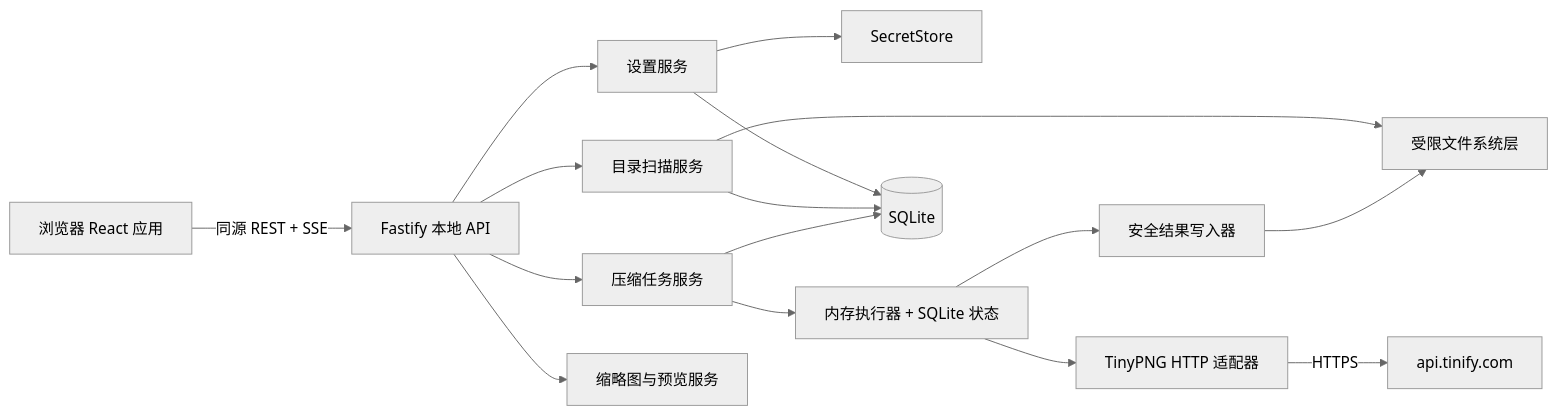
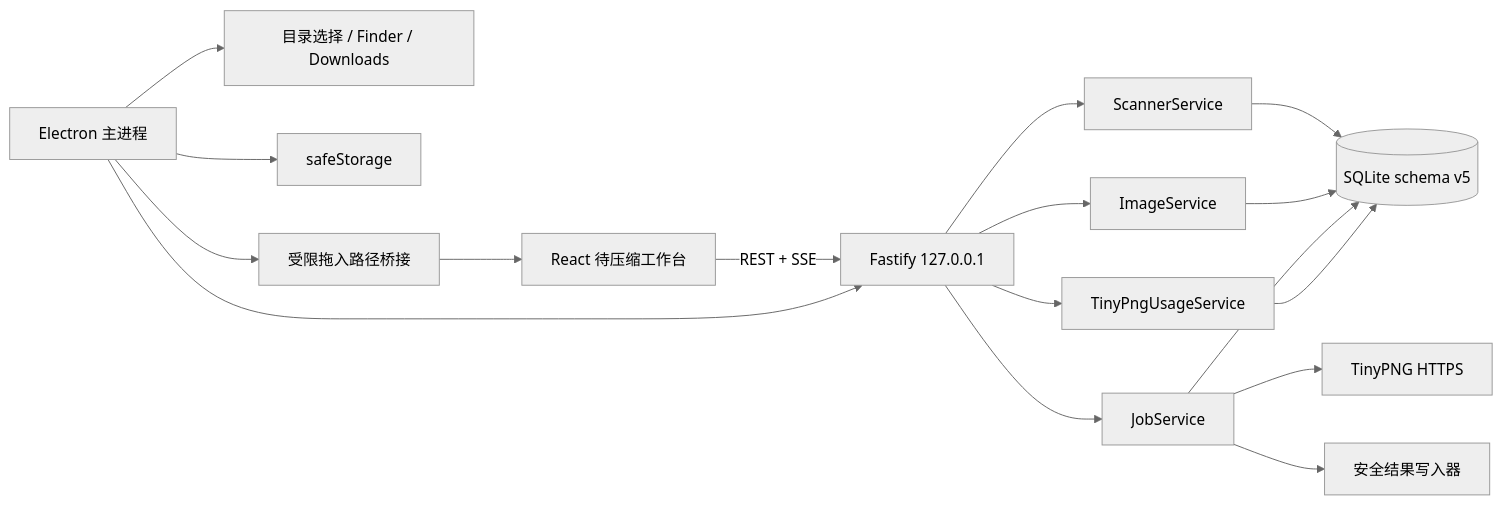
One commit to daiweidw/image-compression-automation changed the first of 2 diagrams in docs/technical-architecture.md. Above: the diagram before and after it, drawn with Mermaid (neutral theme). The commit also changed other lines of this file and 59 other files, not shown here.

````diff
--- a/docs/technical-architecture.md
+++ b/docs/technical-architecture.md
@@ -88,18 +21,19 @@
 ```mermaid
 flowchart LR
-    Browser["浏览器 React 应用"] -->|"同源 REST + SSE"| API["Fastify 本地 API"]
-    API --> Settings["设置服务"]
-    API --> Scanner["目录扫描服务"]
-    API --> Jobs["压缩任务服务"]
-    API --> Media["缩略图与预览服务"]
-    Settings --> Secret["SecretStore"]
-    Scanner --> FS["受限文件系统层"]
-    Jobs --> Queue["内存执行器 + SQLite 状态"]
-    Queue --> Tiny["TinyPNG HTTP 适配器"]
-    Queue --> Writer["安全结果写入器"]
-    Writer --> FS
-    Settings --> DB[("SQLite")]
-    Scanner --> DB
+    UI["React 待压缩工作台"] -->|"REST + SSE"| API["Fastify 127.0.0.1"]
+    Electron["Electron 主进程"] --> API
+    Electron --> Picker["目录选择 / Finder / Downloads"]
+    Electron --> Secret["safeStorage"]
+    Electron --> Preload["受限拖入路径桥接"]
+    Preload --> UI
+    API --> Scanner["ScannerService"]
+    API --> Images["ImageService"]
+    API --> Jobs["JobService"]
+    API --> Usage["TinyPngUsageService"]
+    Scanner --> DB[("SQLite schema v5")]
+    Images --> DB
     Jobs --> DB
-    Tiny -->|"HTTPS"| Tinify["api.tinify.com"]
+    Usage --> DB
+    Jobs --> Tiny["TinyPNG HTTPS"]
+    Jobs --> Output["安全结果写入器"]
 ```
````
